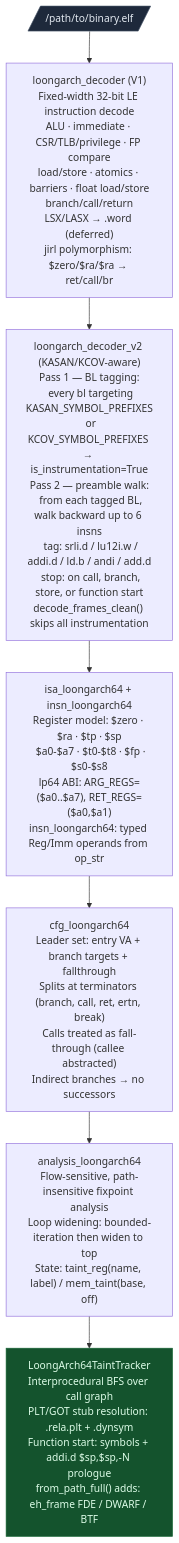
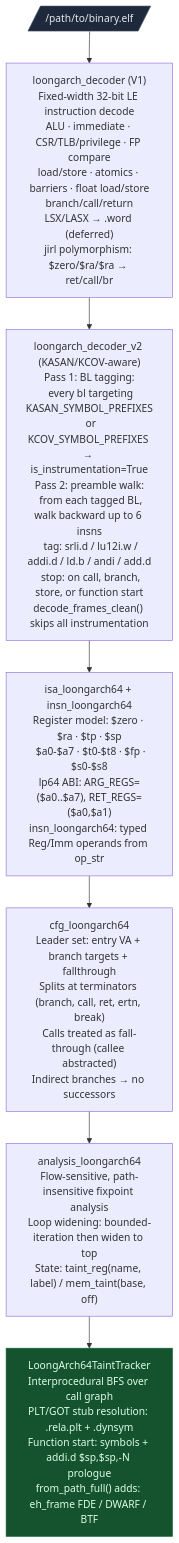
Before and after one commit to Ablation-Tool/ablation: the diagram in docs/module-reference/loongarch64.md, drawn with Mermaid. The commit also changed other lines of this file and 93 other files, not shown here.

````diff
--- a/docs/module-reference/loongarch64.md
+++ b/docs/module-reference/loongarch64.md
@@ -21,17 +21,17 @@
 ```mermaid
 flowchart TD
     A[/"/path/to/binary.elf"/] --> B["loongarch_decoder (V1)\nFixed-width 32-bit LE instruction decode\nALU · immediate · CSR/TLB/privilege · FP compare\nload/store · atomics · barriers · float load/store\nbranch/call/return\nLSX/LASX → .word (deferred)\njirl polymorphism: $zero/$ra/$ra → ret/call/br"]
 
-    B --> C["loongarch_decoder_v2 (KASAN/KCOV-aware)\nPass 1 — BL tagging:\n  every bl targeting KASAN_SYMBOL_PREFIXES\n  or KCOV_SYMBOL_PREFIXES → is_instrumentation=True\nPass 2 — preamble walk:\n  from each tagged BL, walk backward up to 6 insns\n  tag: srli.d / lu12i.w / addi.d / ld.b / andi / add.d\n  stop: on call, branch, store, or function start\ndecode_frames_clean() skips all instrumentation"]
+    B --> C["loongarch_decoder_v2 (KASAN/KCOV-aware)\nPass 1: BL tagging:\n  every bl targeting KASAN_SYMBOL_PREFIXES\n  or KCOV_SYMBOL_PREFIXES → is_instrumentation=True\nPass 2: preamble walk:\n  from each tagged BL, walk backward up to 6 insns\n  tag: srli.d / lu12i.w / addi.d / ld.b / andi / add.d\n  stop: on call, branch, store, or function start\ndecode_frames_clean() skips all instrumentation"]
 
     C --> D["isa_loongarch64 + insn_loongarch64\nRegister model: $zero · $ra · $tp · $sp\n  $a0-$a7 · $t0-$t8 · $fp · $s0-$s8\nlp64 ABI: ARG_REGS=($a0..$a7), RET_REGS=($a0,$a1)\ninsn_loongarch64: typed Reg/Imm operands from op_str"]
 
     D --> E["cfg_loongarch64\nLeader set: entry VA + branch targets + fallthrough\nSplits at terminators (branch, call, ret, ertn, break)\nCalls treated as fall-through (callee abstracted)\nIndirect branches → no successors"]
 
     E --> F["analysis_loongarch64\nFlow-sensitive, path-insensitive fixpoint analysis\nLoop widening: bounded-iteration then widen to top\nState: taint_reg(name, label) / mem_taint(base, off)"]
 
     F --> G["LoongArch64TaintTracker\nInterprocedural BFS over call graph\nPLT/GOT stub resolution: .rela.plt + .dynsym\nFunction start: symbols + addi.d $sp,$sp,-N prologue\nfrom_path_full() adds: eh_frame FDE / DWARF / BTF"]
 
     style A fill:#1e293b,stroke:#475569,color:#e2e8f0
     style G fill:#14532d,stroke:#166534,color:#dcfce7
 ```
````
